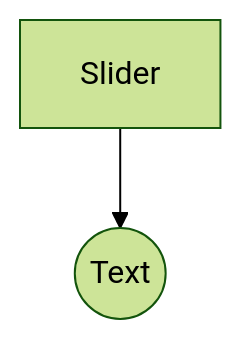
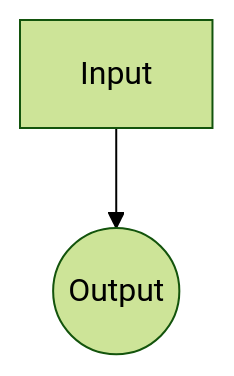
Before and after one commit to gshotwell/shiny-algorithm: the diagram in index.qmd, drawn with Mermaid (forest theme). The commit also changed other lines of this file and 3 other files, not shown here.

````diff
--- a/index.qmd
+++ b/index.qmd
@@ -224,5 +231,5 @@
 ```{mermaid}
 %%| fig-width: 2
 flowchart TD
-  S[Slider] --> Sc((Text))
+  S[Input] --> Sc((Output))
 ```
````
